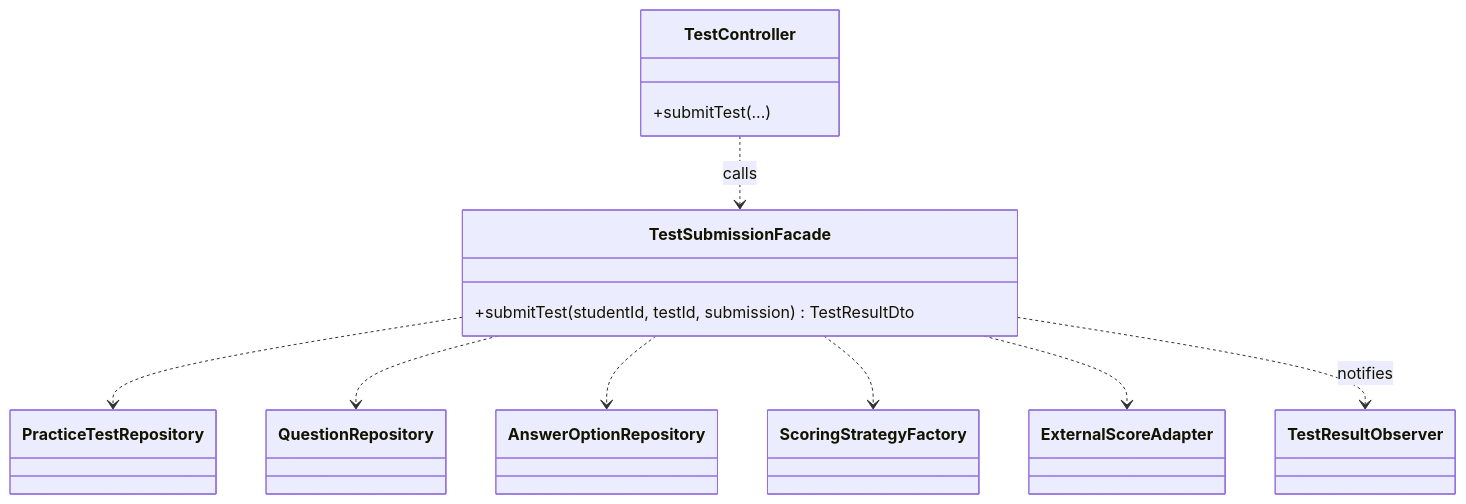
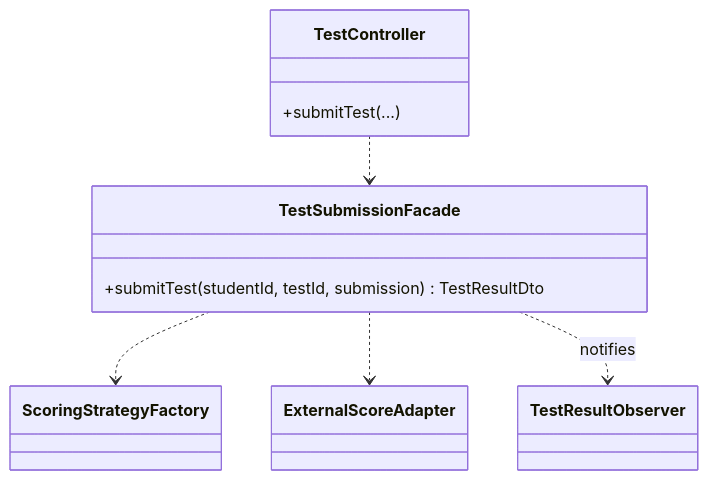
The third of 5 diagrams in backend/src/main/java/com/ieltsbeta/backend/pattern/DESIGN_PATTERNS.md (shook-04/IELTS-BETA), drawn with Mermaid before and after one commit. The commit also changed other lines of this file and 1 other file, not shown here.

````diff
--- a/backend/src/main/java/com/ieltsbeta/backend/pattern/DESIGN_PATTERNS.md
+++ b/backend/src/main/java/com/ieltsbeta/backend/pattern/DESIGN_PATTERNS.md
@@ -83,23 +72,17 @@
 ```mermaid
 classDiagram
     class TestController {
         +submitTest(...)
     }
     class TestSubmissionFacade {
         +submitTest(studentId, testId, submission) TestResultDto
     }
-    class PracticeTestRepository
-    class QuestionRepository
-    class AnswerOptionRepository
     class ScoringStrategyFactory
     class ExternalScoreAdapter
     class TestResultObserver
 
-    TestController ..> TestSubmissionFacade : calls
-    TestSubmissionFacade ..> PracticeTestRepository
-    TestSubmissionFacade ..> QuestionRepository
-    TestSubmissionFacade ..> AnswerOptionRepository
+    TestController ..> TestSubmissionFacade
     TestSubmissionFacade ..> ScoringStrategyFactory
     TestSubmissionFacade ..> ExternalScoreAdapter
     TestSubmissionFacade ..> TestResultObserver : notifies
 ```
````
